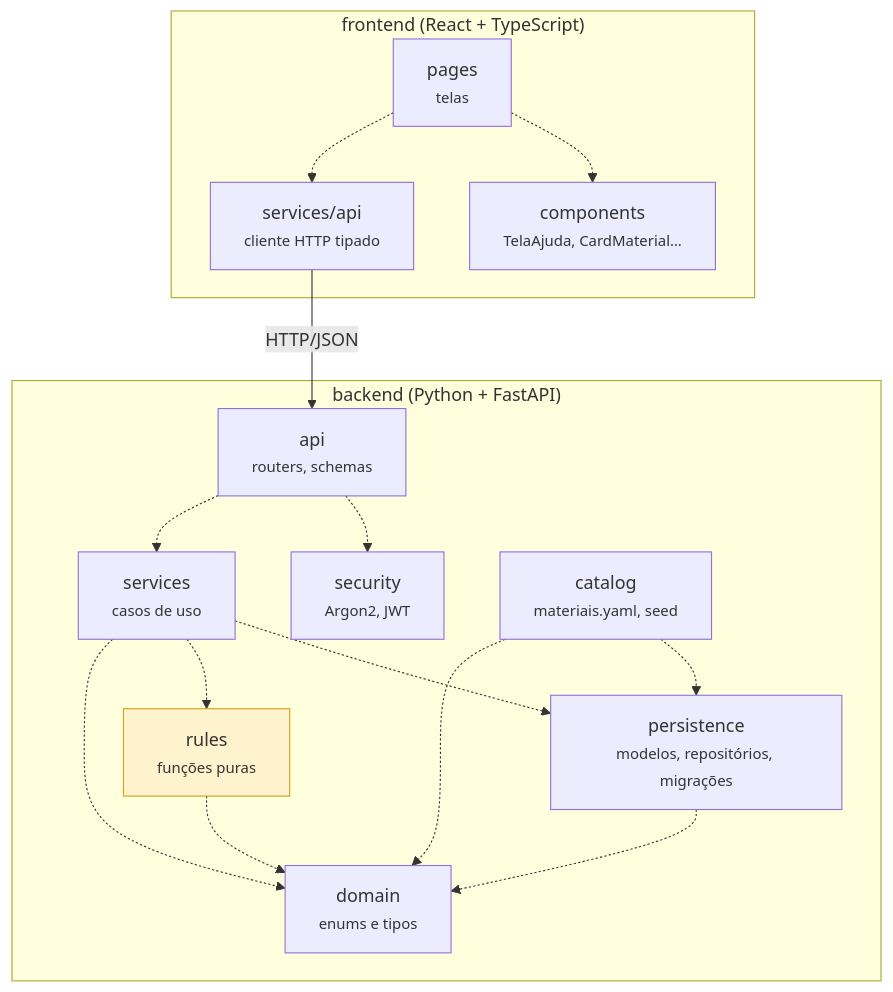
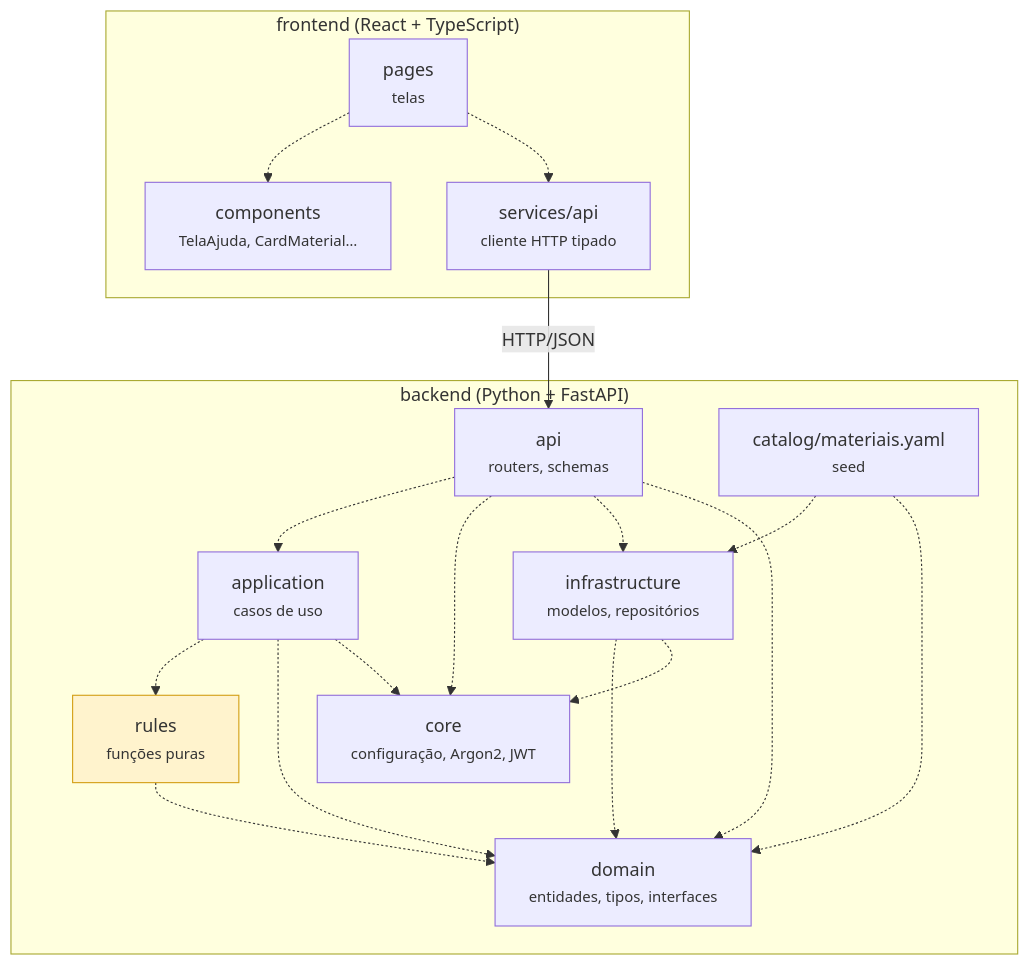
One commit to FGA0138-MDS-Ajax/2026.2-T03-Lamport changed the fifth of 8 diagrams in docs/arquitetura.md. Above: the diagram before and after it, drawn with Mermaid. The commit also changed other lines of this file and 3 other files, not shown here.

````diff
--- a/docs/arquitetura.md
+++ b/docs/arquitetura.md
@@ -226,30 +227,33 @@
 ```mermaid
 flowchart TB
     subgraph FE["frontend (React + TypeScript)"]
         pages["pages<br/><small>telas</small>"]
         components["components<br/><small>TelaAjuda, CardMaterial…</small>"]
         sapi["services/api<br/><small>cliente HTTP tipado</small>"]
         pages -.-> components
         pages -.-> sapi
     end
     subgraph BE["backend (Python + FastAPI)"]
         api["api<br/><small>routers, schemas</small>"]
-        security["security<br/><small>Argon2, JWT</small>"]
-        services["services<br/><small>casos de uso</small>"]
-        catalog["catalog<br/><small>materiais.yaml, seed</small>"]
-        persistence["persistence<br/><small>modelos, repositórios, migrações</small>"]
+        core["core<br/><small>configuração, Argon2, JWT</small>"]
+        application["application<br/><small>casos de uso</small>"]
+        catalog["catalog/materiais.yaml<br/><small>seed</small>"]
+        infrastructure["infrastructure<br/><small>modelos, repositórios</small>"]
         rules["rules<br/><small>funções puras</small>"]
-        domain["domain<br/><small>enums e tipos</small>"]
-        api -.-> security
-        api -.-> services
-        services -.-> persistence
-        services -.-> rules
-        services -.-> domain
-        catalog -.-> persistence
+        domain["domain<br/><small>entidades, tipos, interfaces</small>"]
+        api -.-> application
+        api -.-> core
+        api -.-> infrastructure
+        api -.-> domain
+        application -.-> rules
+        application -.-> domain
+        application -.-> core
+        catalog -.-> infrastructure
         catalog -.-> domain
-        persistence -.-> domain
+        infrastructure -.-> domain
+        infrastructure -.-> core
         rules -.-> domain
     end
     sapi -- HTTP/JSON --> api
     style rules fill:#fff3cd,stroke:#d4a017
 ```
````
